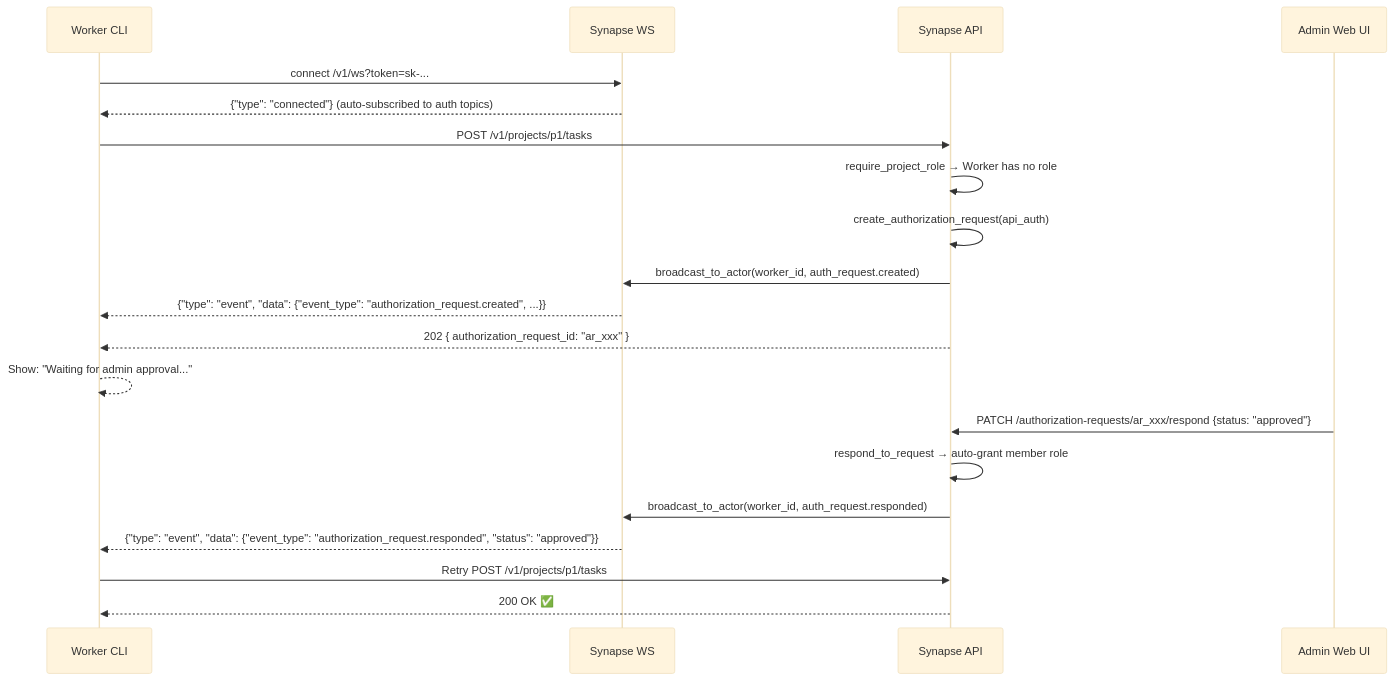
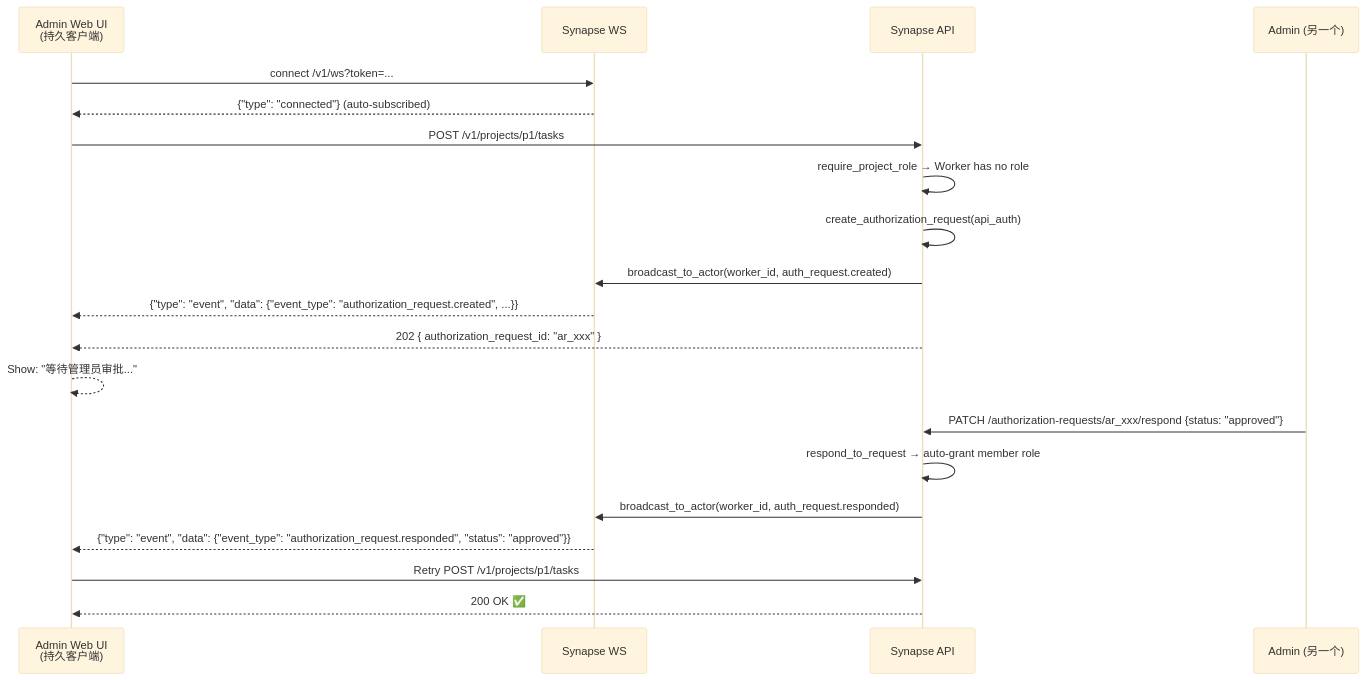
Before and after one commit to Coderkunhe/synapse: the second of 5 diagrams in synapse/docs/worker-admin-interaction-flow.md, drawn with Mermaid (base theme). The commit also changed other lines of this file and 2 other files, not shown here.

Commit message:
chore(synapse): P11-B28 ✅ 架构文档更新 — worker-admin-interaction-flow.md 双通道重新定位 + 时序图更新 · 5 files · 🟢 微型 (纯文档)

````diff
--- a/synapse/docs/worker-admin-interaction-flow.md
+++ b/synapse/docs/worker-admin-interaction-flow.md
@@ -331,27 +393,27 @@
 ```mermaid
 sequenceDiagram
-    participant CLI as Worker CLI
+    participant UI as Admin Web UI<br/>(持久客户端)
     participant WS as Synapse WS
     participant API as Synapse API
-    participant Admin as Admin Web UI
+    participant Admin as Admin (另一个)
 
-    CLI->>WS: connect /v1/ws?token=sk-...
-    WS-->>CLI: {"type": "connected"} (auto-subscribed to auth topics)
+    UI->>WS: connect /v1/ws?token=...
+    WS-->>UI: {"type": "connected"} (auto-subscribed)
 
-    CLI->>API: POST /v1/projects/p1/tasks
+    UI->>API: POST /v1/projects/p1/tasks
     API->>API: require_project_role → Worker has no role
     API->>API: create_authorization_request(api_auth)
     API->>WS: broadcast_to_actor(worker_id, auth_request.created)
-    WS-->>CLI: {"type": "event", "data": {"event_type": "authorization_request.created", ...}}
-    API-->>CLI: 202 { authorization_request_id: "ar_xxx" }
+    WS-->>UI: {"type": "event", "data": {"event_type": "authorization_request.created", ...}}
+    API-->>UI: 202 { authorization_request_id: "ar_xxx" }
 
-    CLI-->>CLI: Show: "Waiting for admin approval..."
+    UI-->>UI: Show: "等待管理员审批..."
 
     Admin->>API: PATCH /authorization-requests/ar_xxx/respond {status: "approved"}
     API->>API: respond_to_request → auto-grant member role
     API->>WS: broadcast_to_actor(worker_id, auth_request.responded)
-    WS-->>CLI: {"type": "event", "data": {"event_type": "authorization_request.responded", "status": "approved"}}
+    WS-->>UI: {"type": "event", "data": {"event_type": "authorization_request.responded", "status": "approved"}}
 
-    CLI->>API: Retry POST /v1/projects/p1/tasks
-    API-->>CLI: 200 OK ✅
+    UI->>API: Retry POST /v1/projects/p1/tasks
+    API-->>UI: 200 OK ✅
 ```
````
